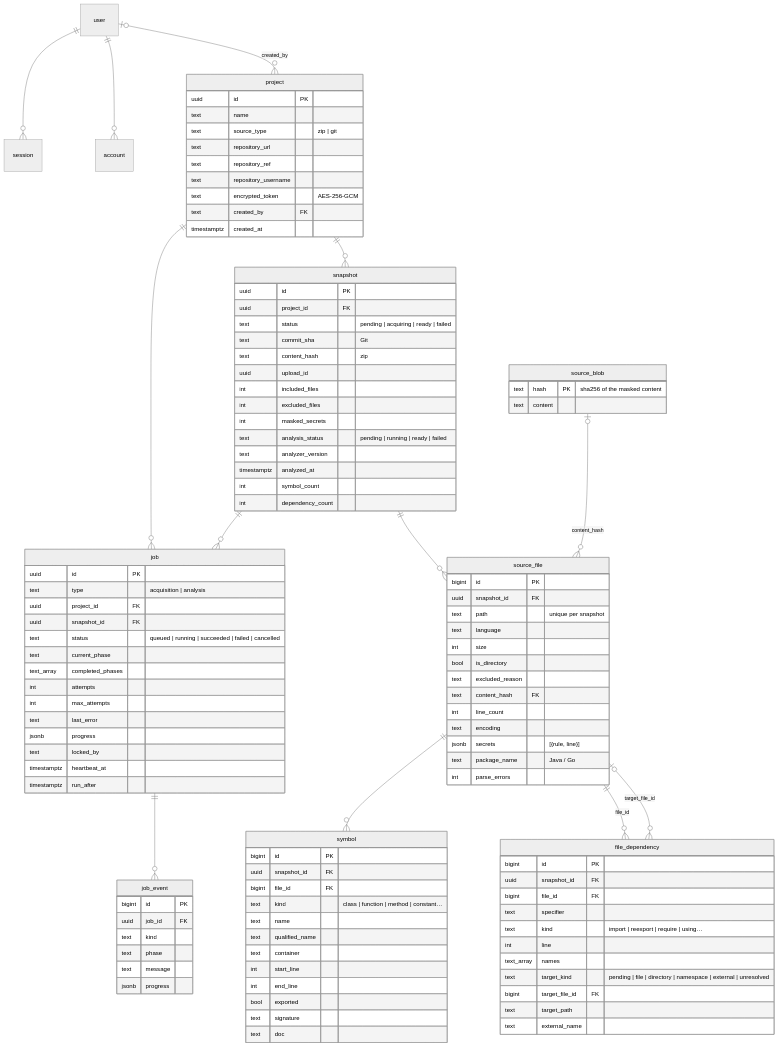
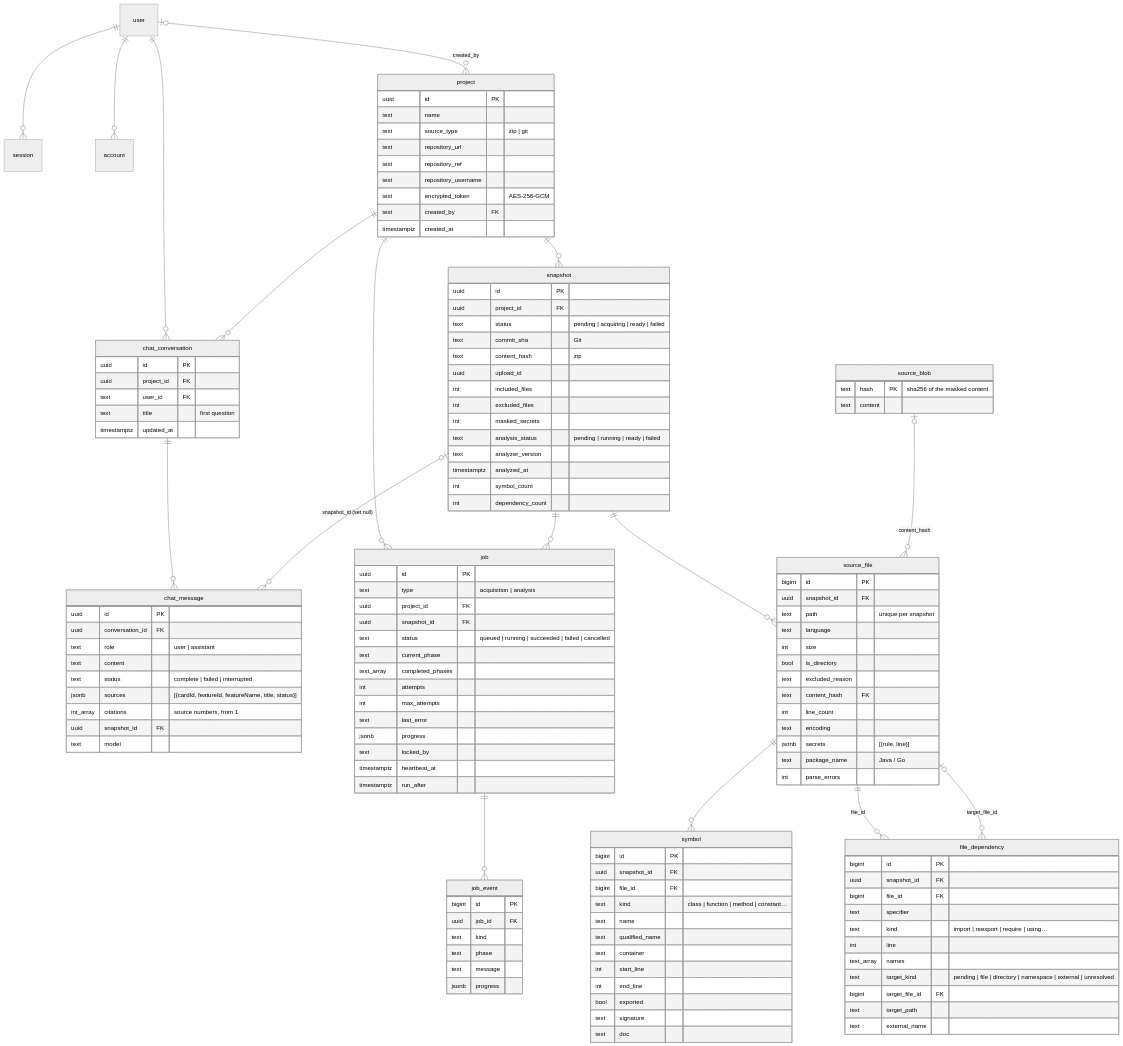
Before and after one commit to CalogeroPisano/rag-generator-app: the first of 2 diagrams in docs/data-model.md, drawn with Mermaid (neutral theme). The commit also changed other lines of this file and 71 other files, not shown here.

````diff
--- a/docs/data-model.md
+++ b/docs/data-model.md
@@ -10,6 +10,10 @@
   user ||--o{ session : ""
   user ||--o{ account : ""
   user |o--o{ project : "created_by"
+  user ||--o{ chat_conversation : ""
+  project ||--o{ chat_conversation : ""
+  chat_conversation ||--o{ chat_message : ""
+  snapshot |o--o{ chat_message : "snapshot_id (set null)"
   project ||--o{ snapshot : ""
   project ||--o{ job : ""
   snapshot ||--o{ job : ""
@@ -117,4 +121,22 @@
     text message
     jsonb progress
   }
+  chat_conversation {
+    uuid id PK
+    uuid project_id FK
+    text user_id FK
+    text title "first question"
+    timestamptz updated_at
+  }
+  chat_message {
+    uuid id PK
+    uuid conversation_id FK
+    text role "user | assistant"
+    text content
+    text status "complete | failed | interrupted"
+    jsonb sources "[{cardId, featureId, featureName, title, status}]"
+    int_array citations "source numbers, from 1"
+    uuid snapshot_id FK
+    text model
+  }
 ```
````
